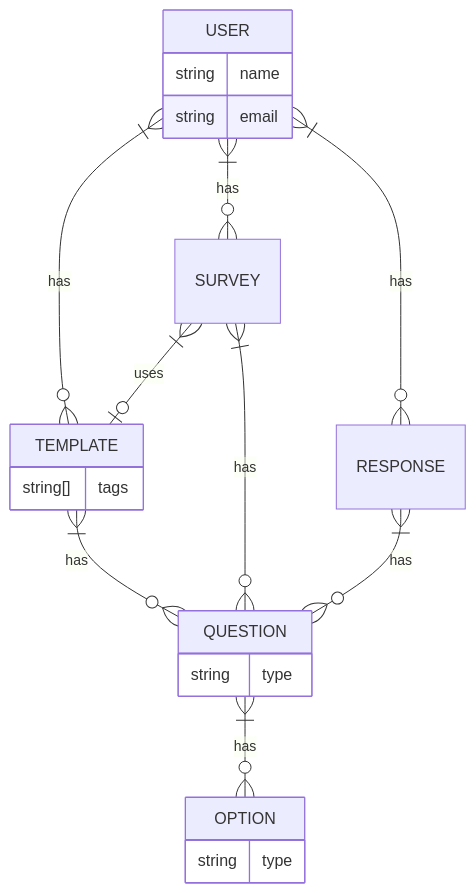
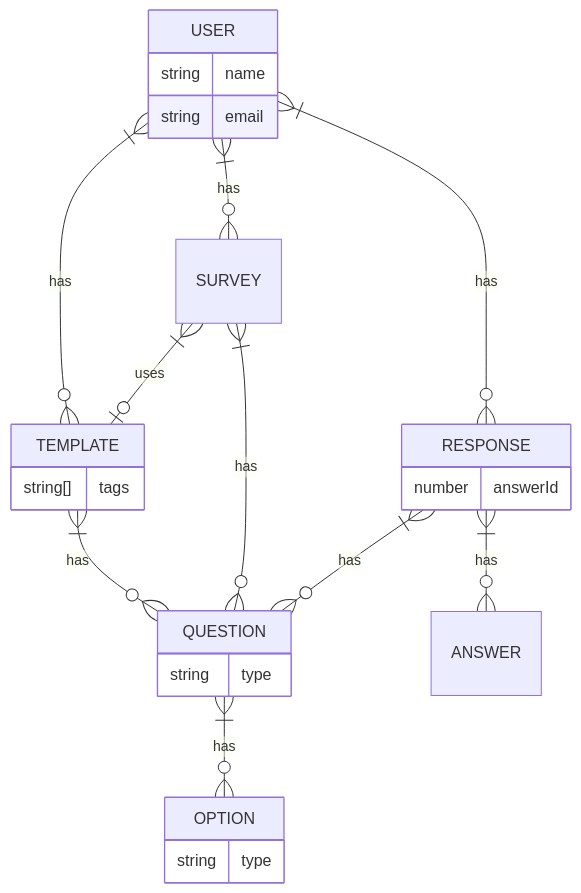
The second of 2 diagrams in README.md (AmyLeighEddins/survey-maker), drawn with Mermaid before and after one commit. The commit also changed other lines of this file and 1 other file, not shown here.

Commit message:
Add gitignore and update readme

````diff
--- a/README.md
+++ b/README.md
@@ -78,34 +79,35 @@
 ```mermaid
 erDiagram
   USER }|--o{ TEMPLATE : has
   USER }|--o{ SURVEY : has
   USER }|--o{ RESPONSE : has
   USER {
     string name
     string email
   }
 
   TEMPLATE }|--o{ QUESTION : has
   TEMPLATE {
     string[] tags
   }
 
   SURVEY }|--o{ QUESTION : has
   SURVEY }|--o| TEMPLATE : uses
   SURVEY {
 
   }
 
   RESPONSE }|--o{ QUESTION : has
+  RESPONSE }|--o{ ANSWER : has
   RESPONSE {
-
+    number answerId
   }
 
   QUESTION }|--o{ OPTION : has
   QUESTION {
     string type
   }
   OPTION {
     string type
   }
 ```
````
